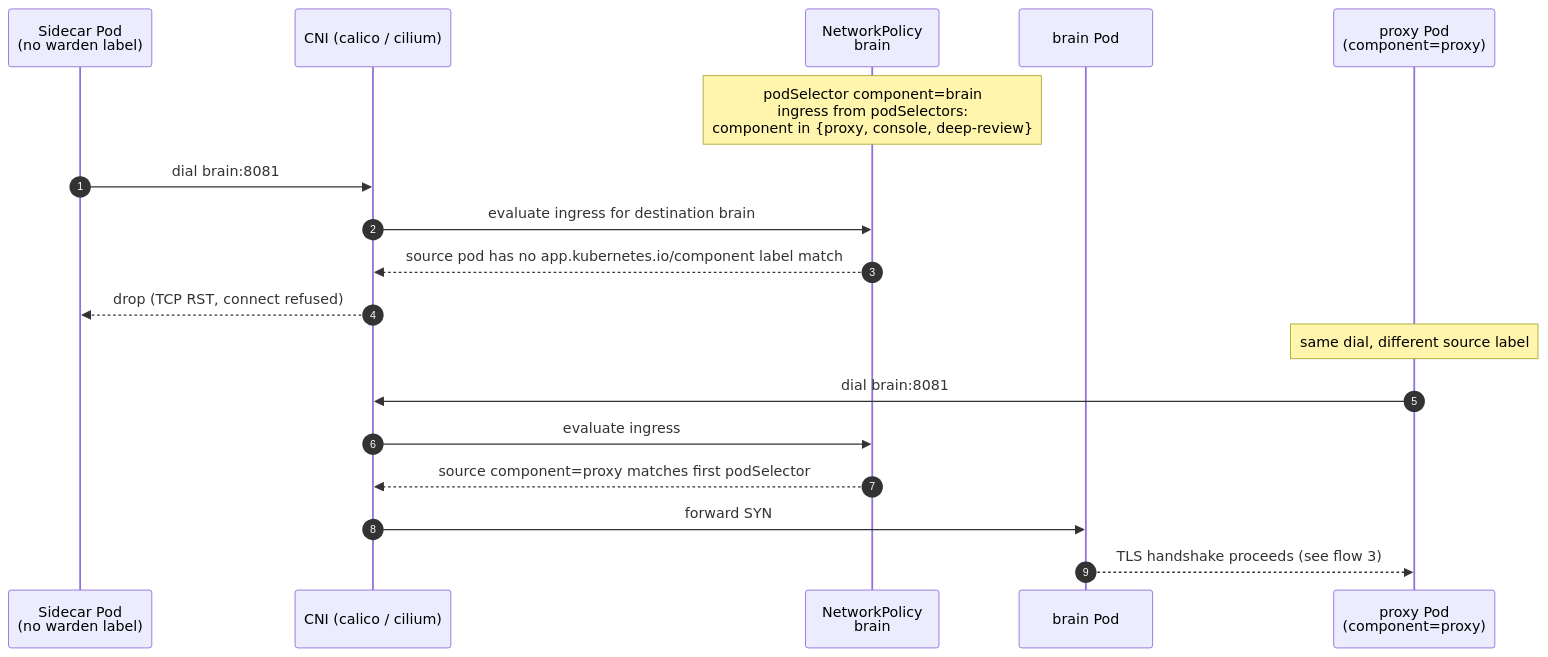
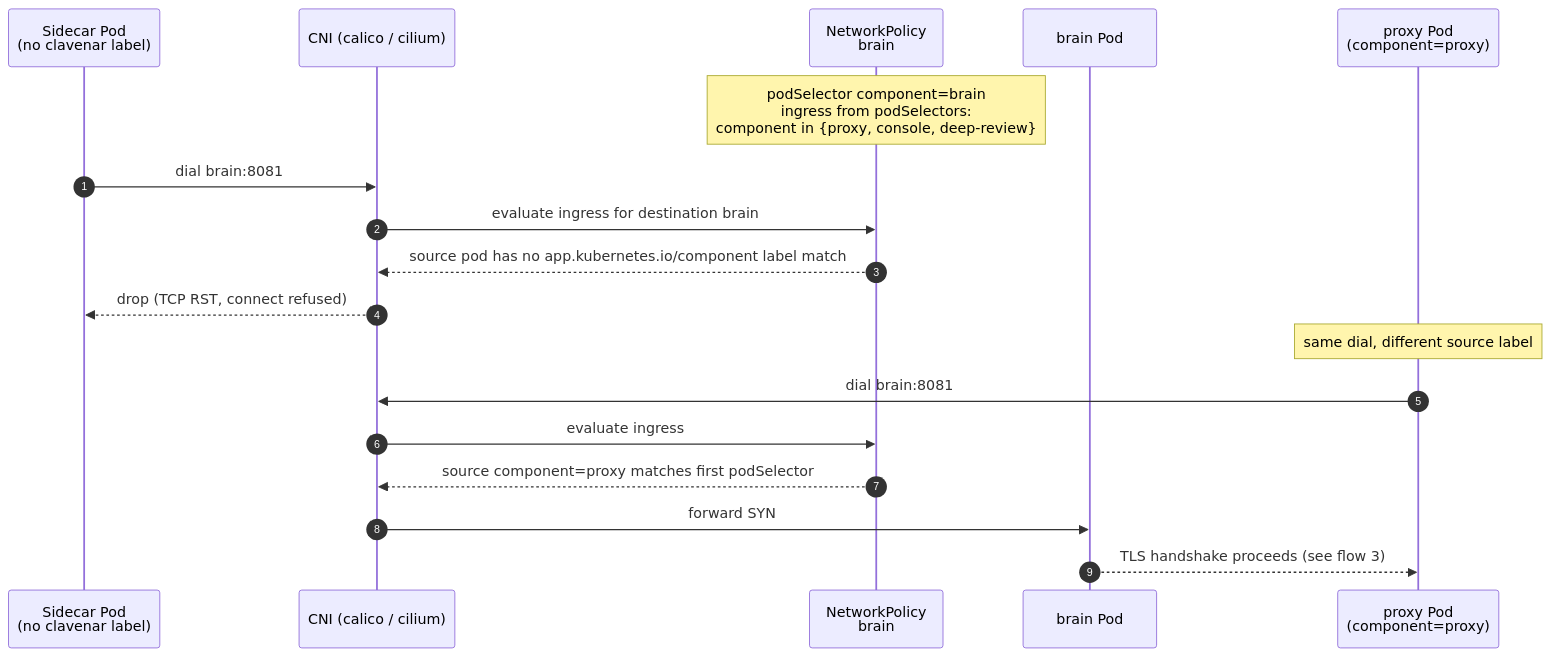
The sixth of 7 diagrams in docs/SEQUENCES.md (clavenar/clavenar-charts), drawn with Mermaid before and after one commit. The commit also changed other lines of this file and 40 other files, not shown here.

First line of the commit message:
rename product Agent Warden → Clavenar

````diff
--- a/docs/SEQUENCES.md
+++ b/docs/SEQUENCES.md
@@ -207,23 +207,23 @@
 ```mermaid
 sequenceDiagram
     autonumber
-    participant Side as Sidecar Pod<br/>(no warden label)
+    participant Side as Sidecar Pod<br/>(no clavenar label)
     participant CNI as CNI (calico / cilium)
     participant NP as NetworkPolicy<br/>brain
     participant Brain as brain Pod
     participant Proxy as proxy Pod<br/>(component=proxy)
 
     Note over NP: podSelector component=brain<br/>ingress from podSelectors:<br/>component in {proxy, console, deep-review}
 
     Side->>CNI: dial brain:8081
     CNI->>NP: evaluate ingress for destination brain
     NP-->>CNI: source pod has no app.kubernetes.io/component label match
     CNI-->>Side: drop (TCP RST, connect refused)
 
     Note over Proxy: same dial, different source label
     Proxy->>CNI: dial brain:8081
     CNI->>NP: evaluate ingress
     NP-->>CNI: source component=proxy matches first podSelector
     CNI->>Brain: forward SYN
     Brain-->>Proxy: TLS handshake proceeds (see flow 3)
 ```
````
